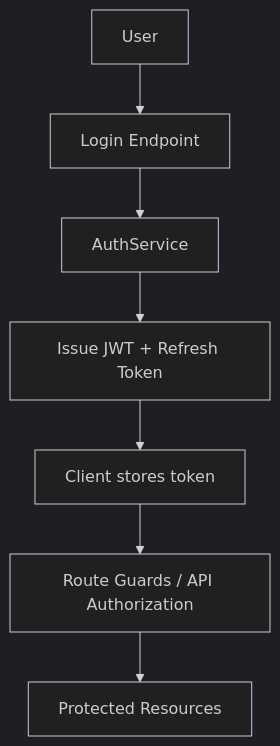
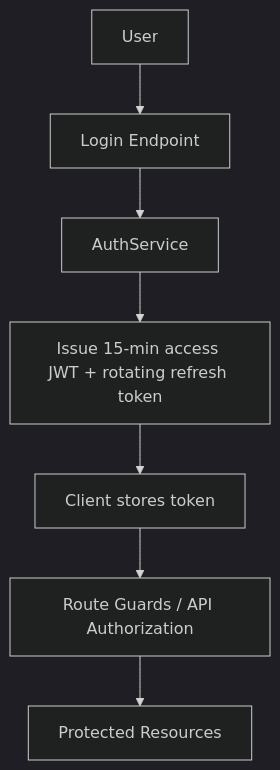
Before and after one commit to quangpnhe1711/recruit-pro: the second of 3 diagrams in docs/overview/02-architecture.md, drawn with Mermaid (dark theme). The commit also changed 42 other files, not shown here.

````diff
--- a/docs/overview/02-architecture.md
+++ b/docs/overview/02-architecture.md
@@ -53,9 +53,9 @@
 ```mermaid
 flowchart TD
     U[User] --> L[Login Endpoint]
     L --> A[AuthService]
-    A --> T[Issue JWT + Refresh Token]
+    A --> T[Issue 15-min access JWT + rotating refresh token]
     T --> C[Client stores token]
     C --> G[Route Guards / API Authorization]
     G --> R[Protected Resources]
 ```
````
